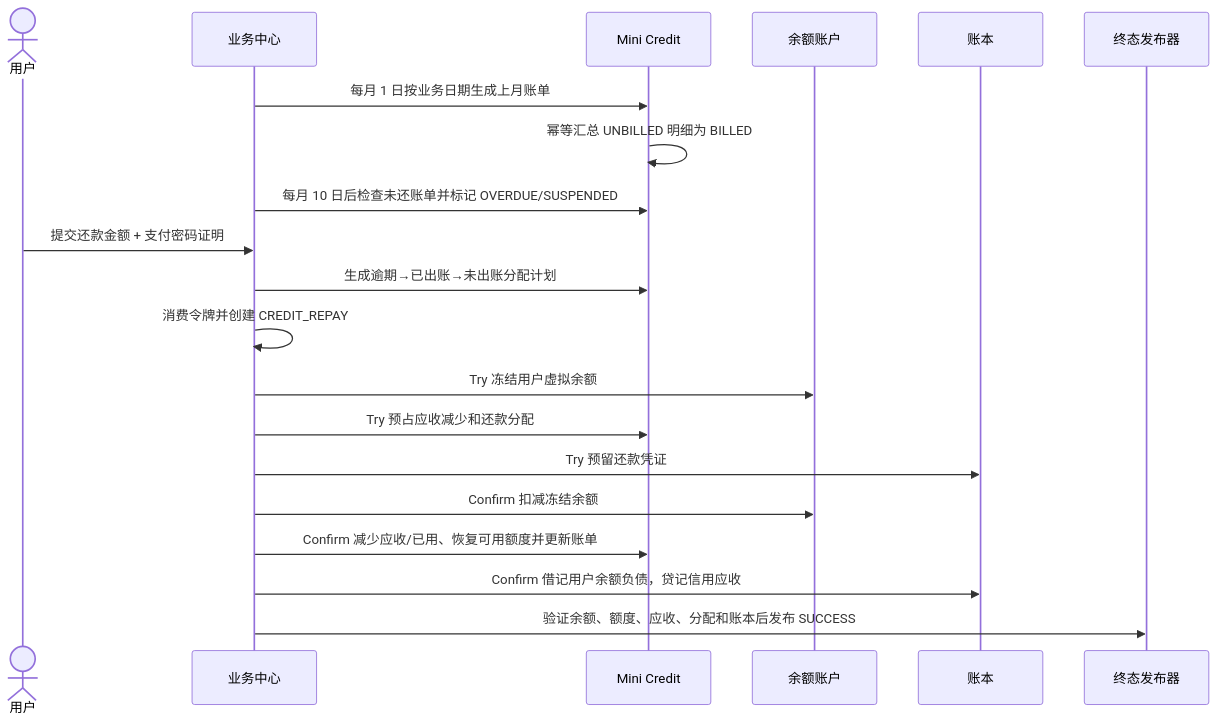
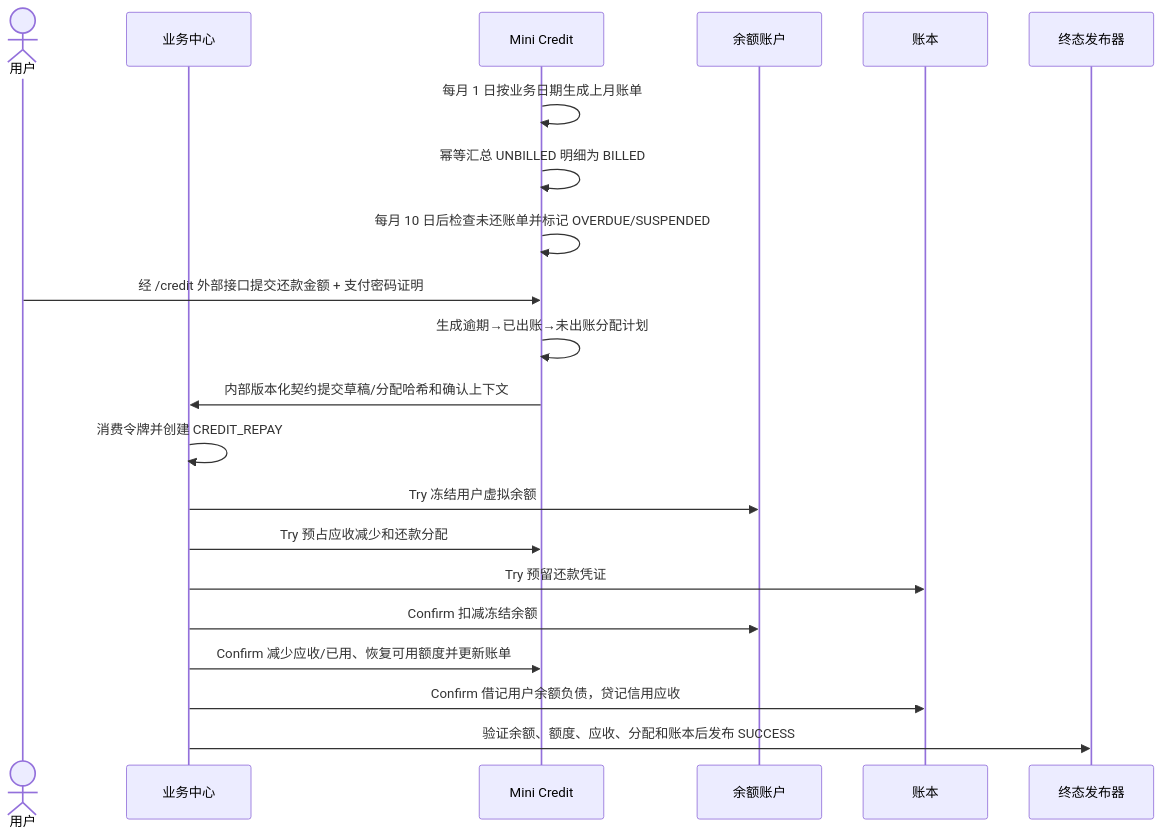
Before and after one commit to JN6565/MiniAlalipay: diagram 15 of 32 in docs/minialalipay/minialalipay-system-analysis.md, drawn with Mermaid. The commit also changed other lines of this file and 25 other files, not shown here.

````diff
--- a/docs/minialalipay/minialalipay-system-analysis.md
+++ b/docs/minialalipay/minialalipay-system-analysis.md
@@ -1273,22 +1273,23 @@
 ```mermaid
 sequenceDiagram
     actor U as 用户
     participant B as 业务中心
     participant C as Mini Credit
     participant A as 余额账户
     participant L as 账本
     participant F as 终态发布器
-    B->>C: 每月 1 日按业务日期生成上月账单
+    C->>C: 每月 1 日按业务日期生成上月账单
     C->>C: 幂等汇总 UNBILLED 明细为 BILLED
-    B->>C: 每月 10 日后检查未还账单并标记 OVERDUE/SUSPENDED
-    U->>B: 提交还款金额 + 支付密码证明
-    B->>C: 生成逾期→已出账→未出账分配计划
+    C->>C: 每月 10 日后检查未还账单并标记 OVERDUE/SUSPENDED
+    U->>C: 经 /credit 外部接口提交还款金额 + 支付密码证明
+    C->>C: 生成逾期→已出账→未出账分配计划
+    C->>B: 内部版本化契约提交草稿/分配哈希和确认上下文
     B->>B: 消费令牌并创建 CREDIT_REPAY
     B->>A: Try 冻结用户虚拟余额
     B->>C: Try 预占应收减少和还款分配
     B->>L: Try 预留还款凭证
     B->>A: Confirm 扣减冻结余额
     B->>C: Confirm 减少应收/已用、恢复可用额度并更新账单
     B->>L: Confirm 借记用户余额负债，贷记信用应收
     B->>F: 验证余额、额度、应收、分配和账本后发布 SUCCESS
 ```
````
